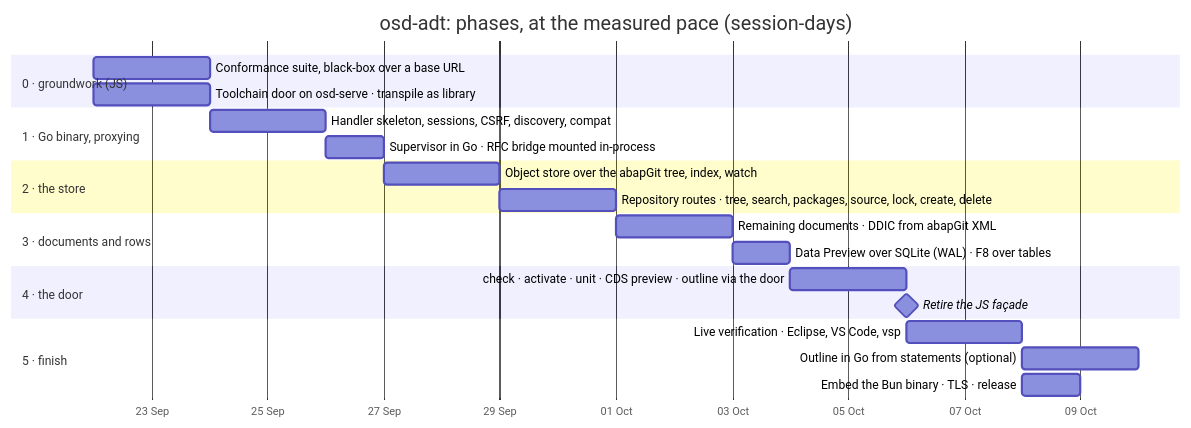
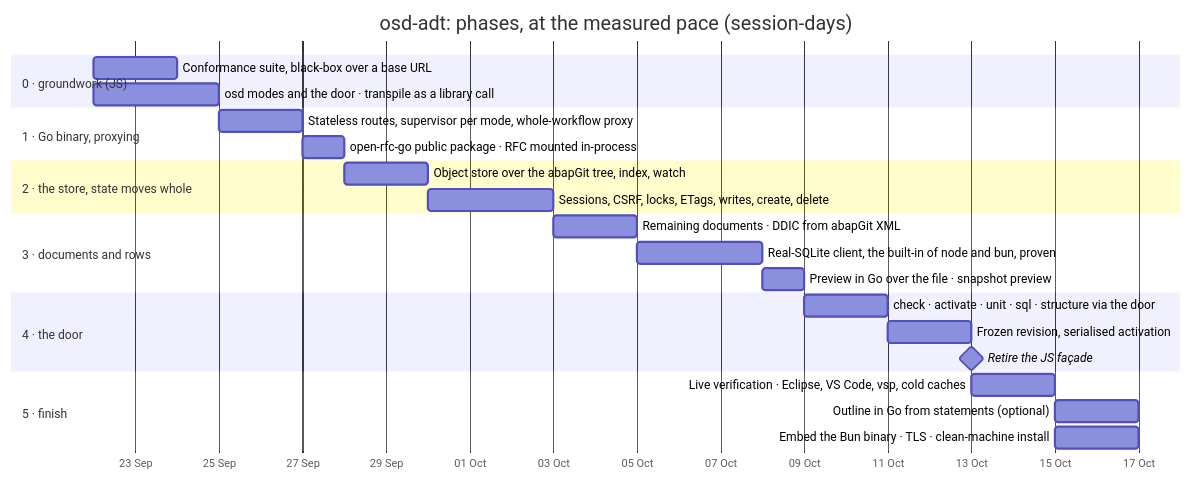
One commit to oisee/open-steamgate changed the sixth of 6 diagrams in docs/adt-facade-shift-left.md. Above: the diagram before and after it, drawn with Mermaid. The commit also changed other lines of this file and 1 other file, not shown here.

First line of the commit message:
Shift left, revised after review: rows, activation order, three modes

````diff
--- a/docs/adt-facade-shift-left.md
+++ b/docs/adt-facade-shift-left.md
@@ -410,25 +496,27 @@
 ```mermaid
 gantt
   title osd-adt: phases, at the measured pace (session-days)
   dateFormat YYYY-MM-DD
   axisFormat %d %b
   section 0 · groundwork (JS)
-  Conformance suite, black-box over a base URL      :p0a, 2026-09-22, 2d
-  Toolchain door on osd-serve · transpile as library :p0b, 2026-09-22, 2d
+  Conformance suite, black-box over a base URL          :p0a, 2026-09-22, 2d
+  osd modes and the door · transpile as a library call  :p0b, 2026-09-22, 3d
   section 1 · Go binary, proxying
-  Handler skeleton, sessions, CSRF, discovery, compat :p1a, after p0a, 2d
-  Supervisor in Go · RFC bridge mounted in-process     :p1b, after p1a, 1d
-  section 2 · the store
-  Object store over the abapGit tree, index, watch  :p2a, after p1b, 2d
-  Repository routes · tree, search, packages, source, lock, create, delete :p2b, after p2a, 2d
+  Stateless routes, supervisor per mode, whole-workflow proxy :p1a, after p0b, 2d
+  open-rfc-go public package · RFC mounted in-process   :p1b, after p1a, 1d
+  section 2 · the store, state moves whole
+  Object store over the abapGit tree, index, watch      :p2a, after p1b, 2d
+  Sessions, CSRF, locks, ETags, writes, create, delete  :p2b, after p2a, 3d
   section 3 · documents and rows
-  Remaining documents · DDIC from abapGit XML       :p3a, after p2b, 2d
-  Data Preview over SQLite (WAL) · F8 over tables    :p3b, after p3a, 1d
+  Remaining documents · DDIC from abapGit XML           :p3a, after p2b, 2d
+  Real-SQLite client, the built-in of node and bun, proven :p3b, after p3a, 3d
+  Preview in Go over the file · snapshot preview        :p3c, after p3b, 1d
   section 4 · the door
-  check · activate · unit · CDS preview · outline via the door :p4, after p3b, 2d
-  Retire the JS façade                              :milestone, m1, after p4, 0d
+  check · activate · unit · sql · structure via the door :p4a, after p3c, 2d
+  Frozen revision, serialised activation                :p4b, after p4a, 2d
+  Retire the JS façade                                  :milestone, m1, after p4b, 0d
   section 5 · finish
-  Live verification · Eclipse, VS Code, vsp         :p5a, after p4, 2d
-  Outline in Go from statements (optional)          :p5b, after p5a, 2d
-  Embed the Bun binary · TLS · release              :p5c, after p5a, 1d
+  Live verification · Eclipse, VS Code, vsp, cold caches :p5a, after p4b, 2d
+  Outline in Go from statements (optional)              :p5b, after p5a, 2d
+  Embed the Bun binary · TLS · clean-machine install    :p5c, after p5a, 2d
 ```
````
